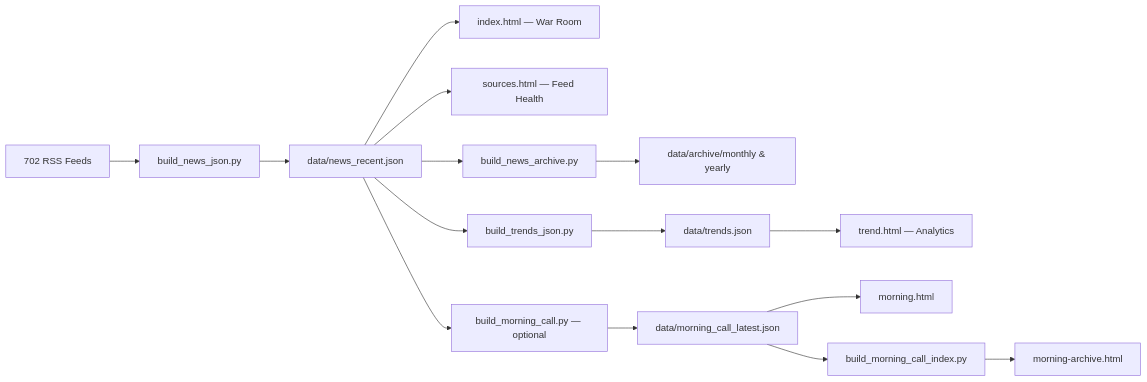
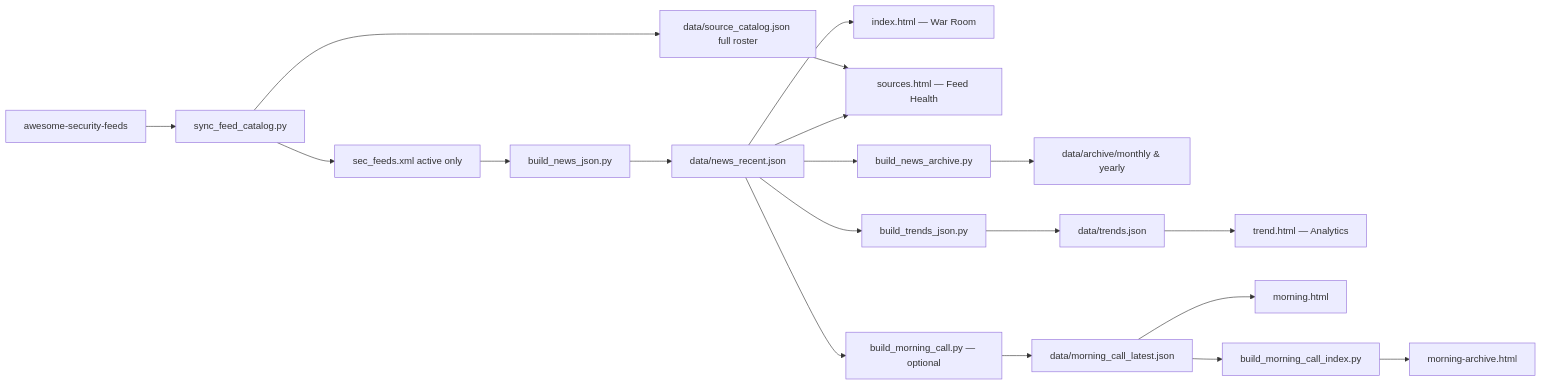
Before and after one commit to clivoa/S33R: the diagram in README.md, drawn with Mermaid. The commit also changed other lines of this file and 7 other files, not shown here.

First line of the commit message:
Add script to sync S33R's feed inputs from awesome-security-feeds

````diff
--- a/README.md
+++ b/README.md
@@ -75,20 +80,24 @@
 ```mermaid
 flowchart LR
-    A[702 RSS Feeds] --> B[build_news_json.py]
+    Z[awesome-security-feeds] --> A[sync_feed_catalog.py]
+    A --> A1[sec_feeds.xml active only]
+    A --> A2[data/source_catalog.json full roster]
+    A1 --> B[build_news_json.py]
     B --> C[data/news_recent.json]
     C --> D[index.html — War Room]
-    C --> E2[sources.html — Feed Health]
+    A2 --> E2[sources.html — Feed Health]
+    C --> E2
 
     C --> E[build_news_archive.py]
     E --> F[data/archive/monthly & yearly]
 
     C --> G[build_trends_json.py]
     G --> H[data/trends.json]
     H --> I[trend.html — Analytics]
 
     C --> J[build_morning_call.py — optional]
     J --> K[data/morning_call_latest.json]
     K --> L[morning.html]
     K --> M[build_morning_call_index.py]
     M --> N[morning-archive.html]
 ```
````
